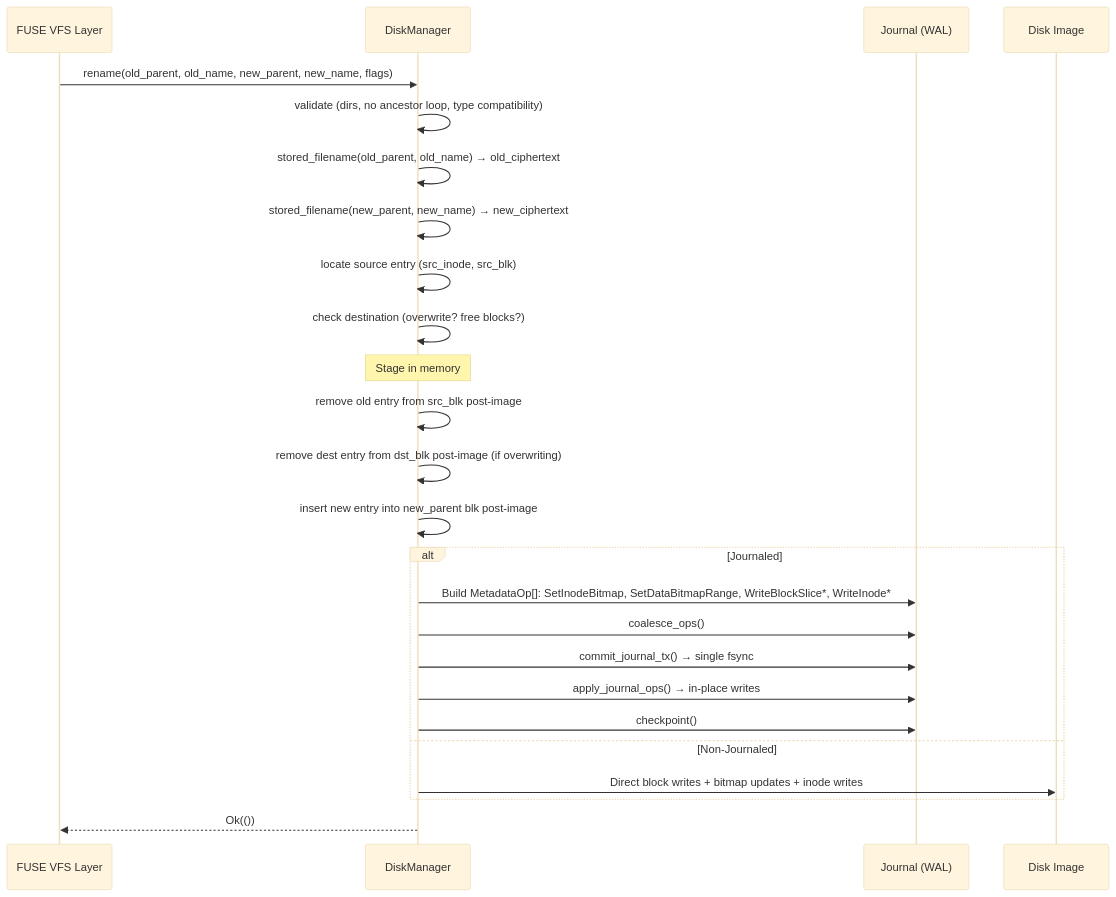
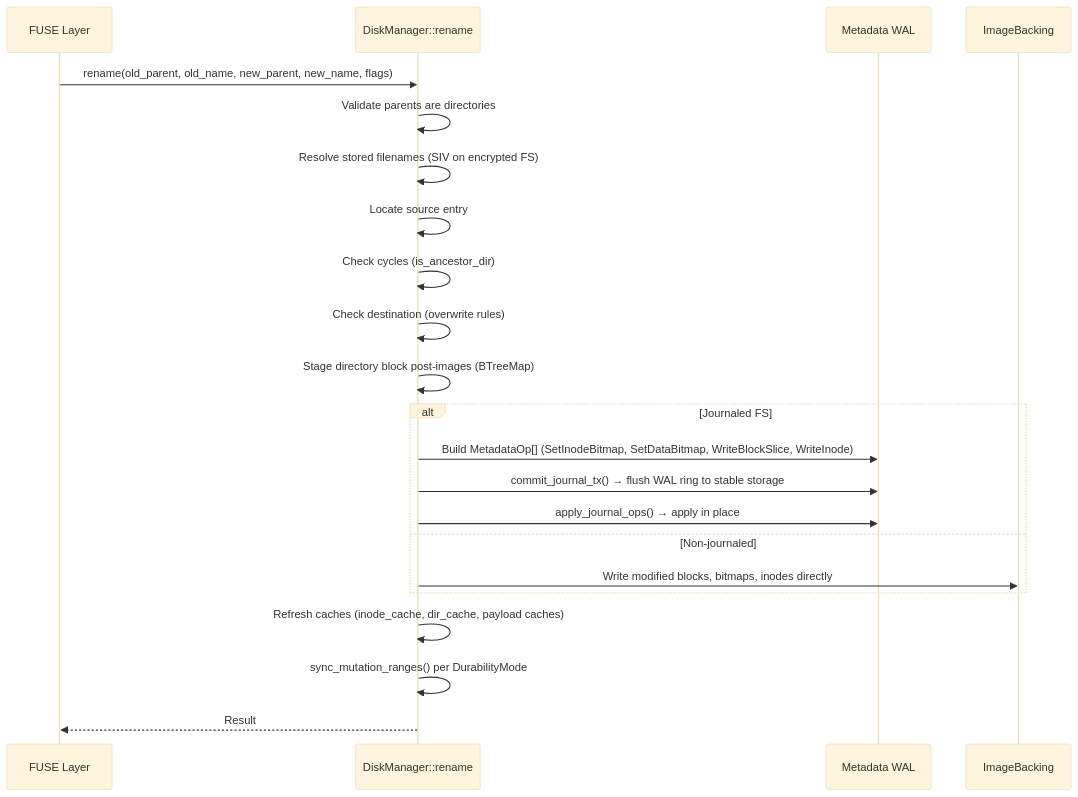
The diagram in openwiki/architecture/rename_and_atomic_ops.md (ych/oifs), drawn with Mermaid (base theme) before and after one commit. The commit also changed other lines of this file and 62 other files, not shown here.

````diff
--- a/openwiki/architecture/rename_and_atomic_ops.md
+++ b/openwiki/architecture/rename_and_atomic_ops.md
@@ -258,31 +178,25 @@
 ```mermaid
 sequenceDiagram
-    participant VFS as FUSE VFS Layer
-    participant DM as DiskManager
-    participant J as Journal (WAL)
-    participant Disk as Disk Image
+    participant FUSE as FUSE Layer
+    participant DM as DiskManager::rename
+    participant Journal as Metadata WAL
+    participant Disk as ImageBacking
 
-    VFS->>DM: rename(old_parent, old_name, new_parent, new_name, flags)
-    DM->>DM: validate (dirs, no ancestor loop, type compatibility)
-    DM->>DM: stored_filename(old_parent, old_name) → old_ciphertext
-    DM->>DM: stored_filename(new_parent, new_name) → new_ciphertext
-    DM->>DM: locate source entry (src_inode, src_blk)
-    DM->>DM: check destination (overwrite? free blocks?)
-    
-    Note over DM: Stage in memory
-    DM->>DM: remove old entry from src_blk post-image
-    DM->>DM: remove dest entry from dst_blk post-image (if overwriting)
-    DM->>DM: insert new entry into new_parent blk post-image
-    
-    alt Journaled
-        DM->>J: Build MetadataOp[]: SetInodeBitmap, SetDataBitmapRange, WriteBlockSlice*, WriteInode*
-        DM->>J: coalesce_ops()
-        DM->>J: commit_journal_tx() → single fsync
-        DM->>J: apply_journal_ops() → in-place writes
-        DM->>J: checkpoint()
-    else Non-Journaled
-        DM->>Disk: Direct block writes + bitmap updates + inode writes
+    FUSE->>DM: rename(old_parent, old_name, new_parent, new_name, flags)
+    DM->>DM: Validate parents are directories
+    DM->>DM: Resolve stored filenames (SIV on encrypted FS)
+    DM->>DM: Locate source entry
+    DM->>DM: Check cycles (is_ancestor_dir)
+    DM->>DM: Check destination (overwrite rules)
+    DM->>DM: Stage directory block post-images (BTreeMap)
+    alt Journaled FS
+        DM->>Journal: Build MetadataOp[] (SetInodeBitmap, SetDataBitmap, WriteBlockSlice, WriteInode)
+        DM->>Journal: commit_journal_tx() → flush WAL ring to stable storage
+        DM->>Journal: apply_journal_ops() → apply in place
+    else Non-journaled
+        DM->>Disk: Write modified blocks, bitmaps, inodes directly
     end
-    
-    DM-->>VFS: Ok(())
+    DM->>DM: Refresh caches (inode_cache, dir_cache, payload caches)
+    DM->>DM: sync_mutation_ranges() per DurabilityMode
+    DM-->>FUSE: Result
 ```
````
